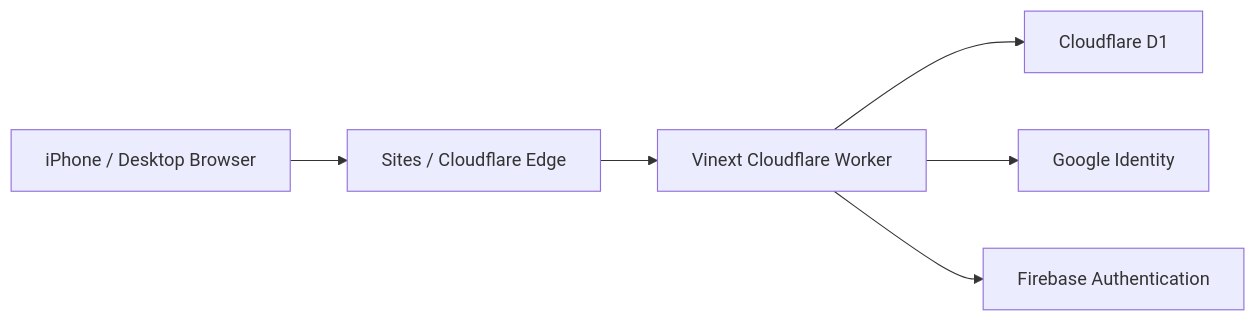
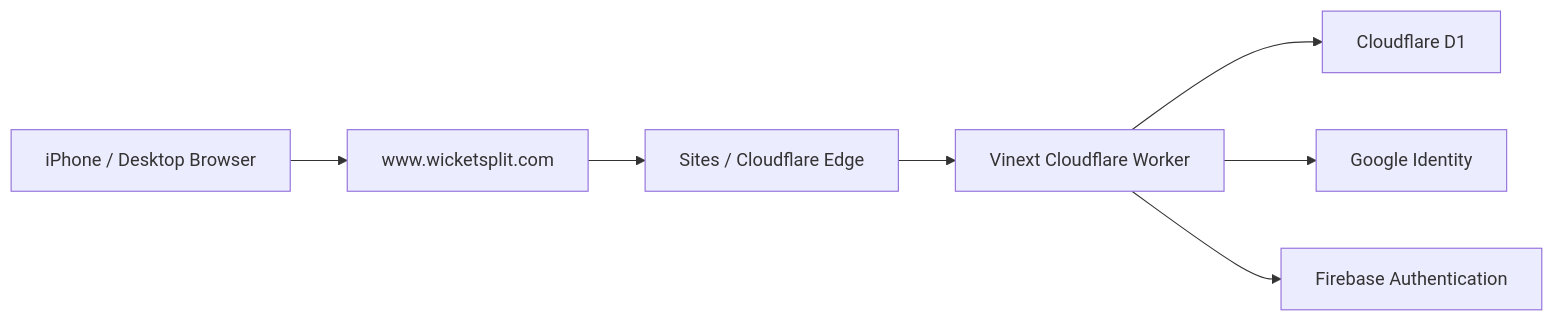
One commit to SaiduM/WicketSplit changed the second of 4 diagrams in docs/HLD.md. Above: the diagram before and after it, drawn with Mermaid. The commit also changed other lines of this file and 5 other files, not shown here.

````diff
--- a/docs/HLD.md
+++ b/docs/HLD.md
@@ -74,8 +76,9 @@
 ```mermaid
 flowchart LR
-    Browser["iPhone / Desktop Browser"] --> Edge["Sites / Cloudflare Edge"]
+    Browser["iPhone / Desktop Browser"] --> Domain["www.wicketsplit.com"]
+    Domain --> Edge["Sites / Cloudflare Edge"]
     Edge --> Worker["Vinext Cloudflare Worker"]
     Worker --> D1["Cloudflare D1"]
     Worker --> Google["Google Identity"]
     Worker --> Firebase["Firebase Authentication"]
 ```
````
